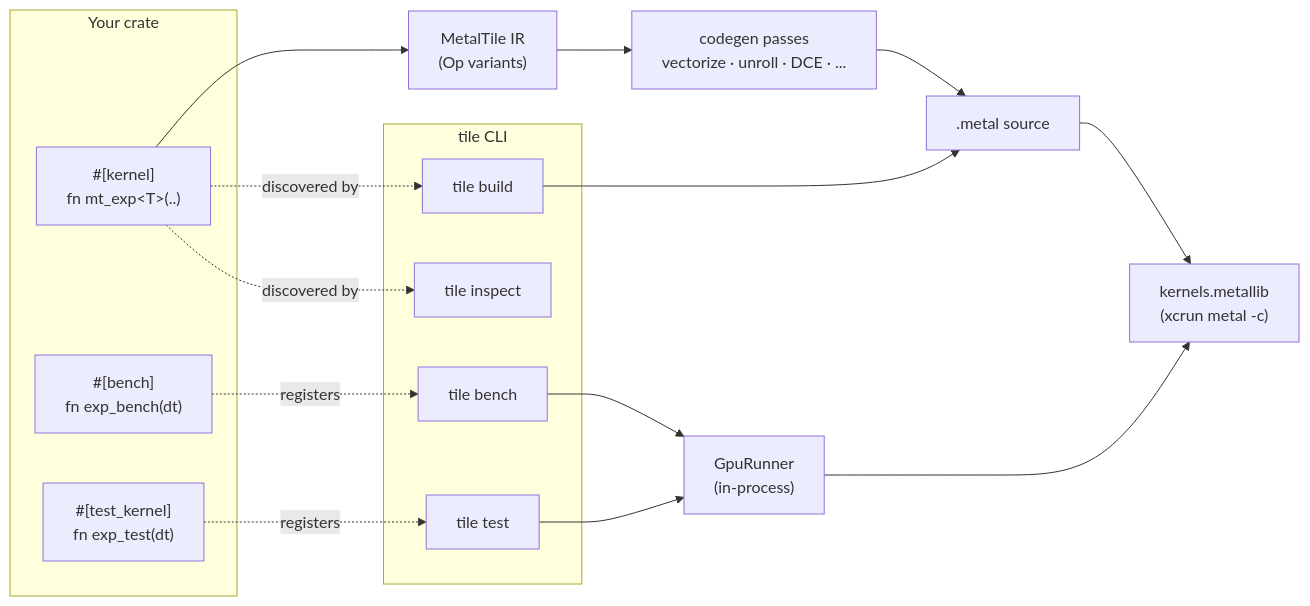
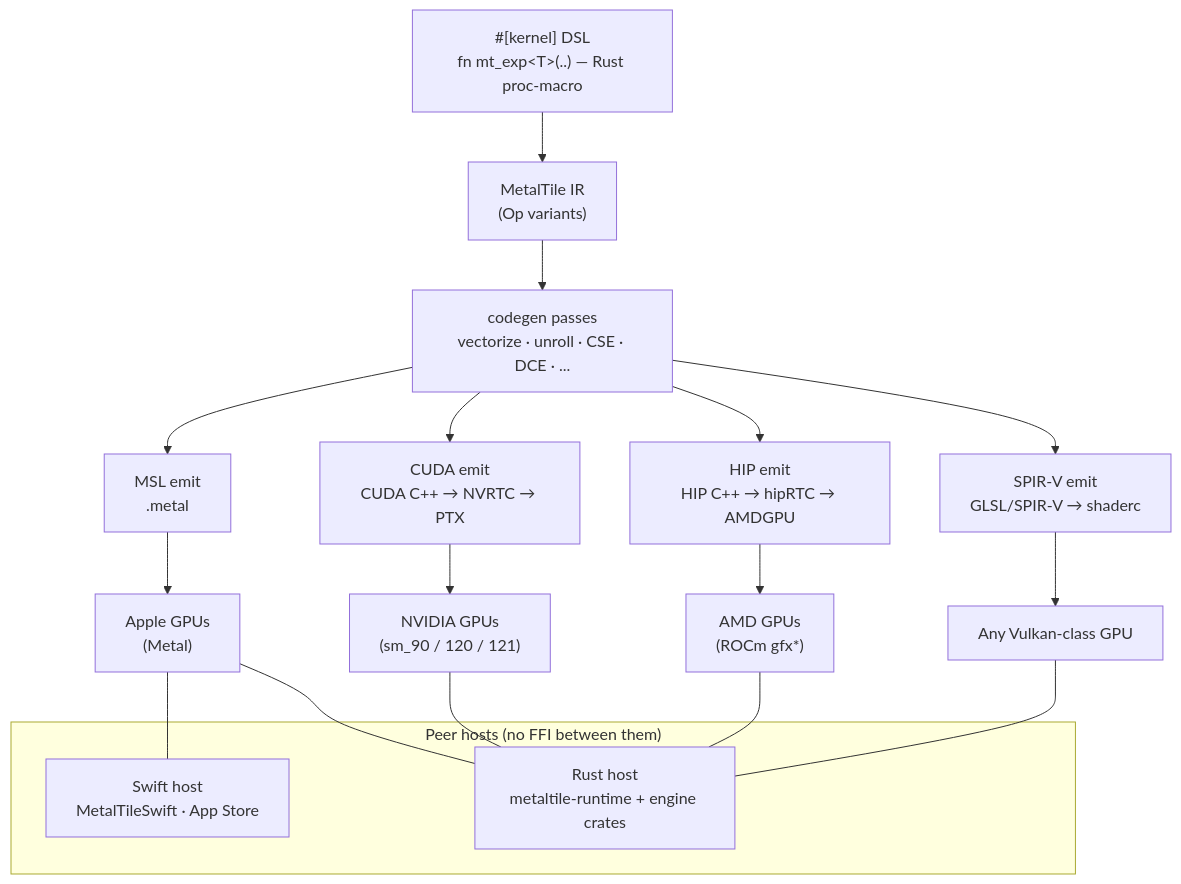
The diagram in README.md (TheTom/metaltile), drawn with Mermaid before and after one commit. The commit also changed other lines of this file, not shown here.

Commit message:
docs(readme): document four-backend architecture (MSL/CUDA/HIP/Vulkan)

````diff
--- a/README.md
+++ b/README.md
@@ -108,29 +112,27 @@
 ```mermaid
-flowchart LR
-    subgraph User["Your crate"]
-        K["#[kernel]<br/>fn mt_exp&lt;T&gt;(..)"]
-        B["#[bench]<br/>fn exp_bench(dt)"]
-        T["#[test_kernel]<br/>fn exp_test(dt)"]
+flowchart TD
+    K["#[kernel] DSL<br/>fn mt_exp&lt;T&gt;(..) — Rust proc-macro"]
+    K --> IR["MetalTile IR<br/>(Op variants)"]
+    IR --> Passes["codegen passes<br/>vectorize · unroll · CSE · DCE · ..."]
+
+    Passes --> MSL["MSL emit<br/>.metal"]
+    Passes --> CUDA["CUDA emit<br/>CUDA C++ → NVRTC → PTX"]
+    Passes --> HIP["HIP emit<br/>HIP C++ → hipRTC → AMDGPU"]
+    Passes --> SPV["SPIR-V emit<br/>GLSL/SPIR-V → shaderc"]
+
+    MSL --> Apple["Apple GPUs<br/>(Metal)"]
+    CUDA --> NVIDIA["NVIDIA GPUs<br/>(sm_90 / 120 / 121)"]
+    HIP --> AMD["AMD GPUs<br/>(ROCm gfx*)"]
+    SPV --> AnyGPU["Any Vulkan-class GPU"]
+
+    subgraph Hosts["Peer hosts (no FFI between them)"]
+        Swift["Swift host<br/>MetalTileSwift · App Store"]
+        RustHost["Rust host<br/>metaltile-runtime + engine crates"]
     end
 
-    K --> IR["MetalTile IR<br/>(Op variants)"]
-    IR --> Passes["codegen passes<br/>vectorize · unroll · DCE · ..."]
-    Passes --> MSL[".metal source"]
-    MSL --> Metallib["kernels.metallib<br/>(xcrun metal -c)"]
-
-    subgraph CLI["tile CLI"]
-        Build["tile build"]
-        Bench["tile bench"]
-        Test["tile test"]
-        Inspect["tile inspect"]
-    end
-
-    B -.registers.-> Bench
-    T -.registers.-> Test
-    K -.discovered by.-> Build
-    K -.discovered by.-> Inspect
-    Build --> MSL
-    Bench --> Runner["GpuRunner<br/>(in-process)"]
-    Test --> Runner
-    Runner --> Metallib
+    Apple --- Swift
+    Apple --- RustHost
+    NVIDIA --- RustHost
+    AMD --- RustHost
+    AnyGPU --- RustHost
 ```
````
